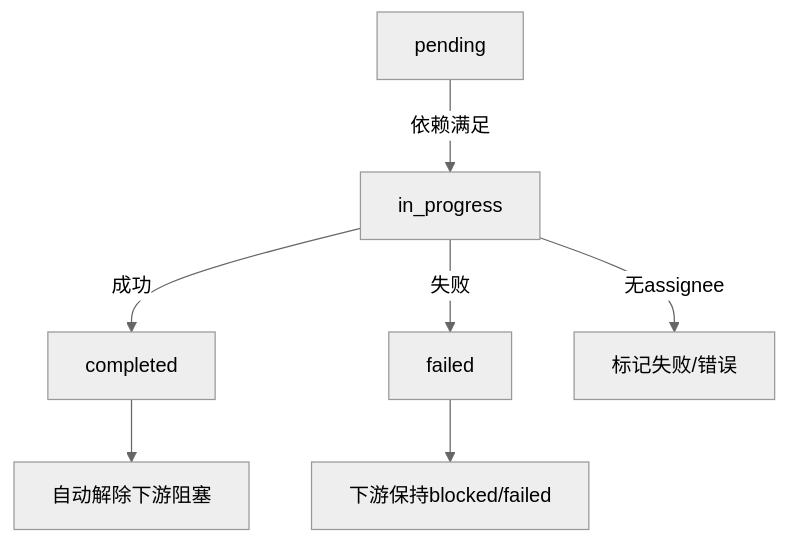
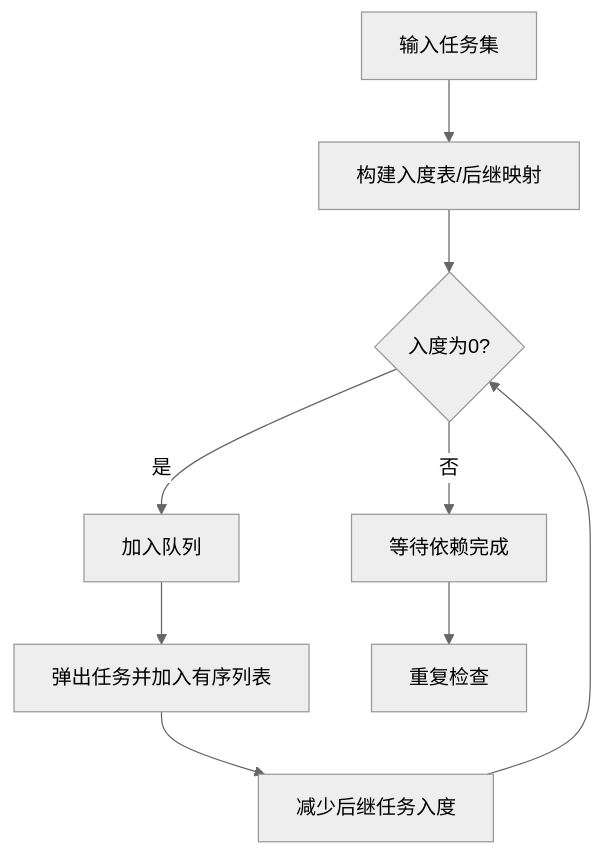
Before and after one commit to haolange/open-multi-agent: the fourth of 7 diagrams in .qoder/repowiki/zh/content/核心概念/核心概念.md, drawn with Mermaid (neutral theme). The commit also changed other lines of this file and 100 other files, not shown here.

````diff
--- a/.qoder/repowiki/zh/content/核心概念/核心概念.md
+++ b/.qoder/repowiki/zh/content/核心概念/核心概念.md
@@ -191,9 +192,11 @@
 ```mermaid
 flowchart TD
-P["pending"] --> |依赖满足| IP["in_progress"]
-IP --> |成功| C["completed"]
-IP --> |失败| F["failed"]
-IP --> |无assignee| NF["标记失败/错误"]
-C --> Unblock["自动解除下游阻塞"]
-F --> Block["下游保持blocked/failed"]
+A["输入任务集"] --> B["构建入度表/后继映射"]
+B --> C{"入度为0?"}
+C --> |是| D["加入队列"]
+C --> |否| E["等待依赖完成"]
+D --> F["弹出任务并加入有序列表"]
+F --> G["减少后继任务入度"]
+G --> C
+E --> H["重复检查"]
 ```
````
